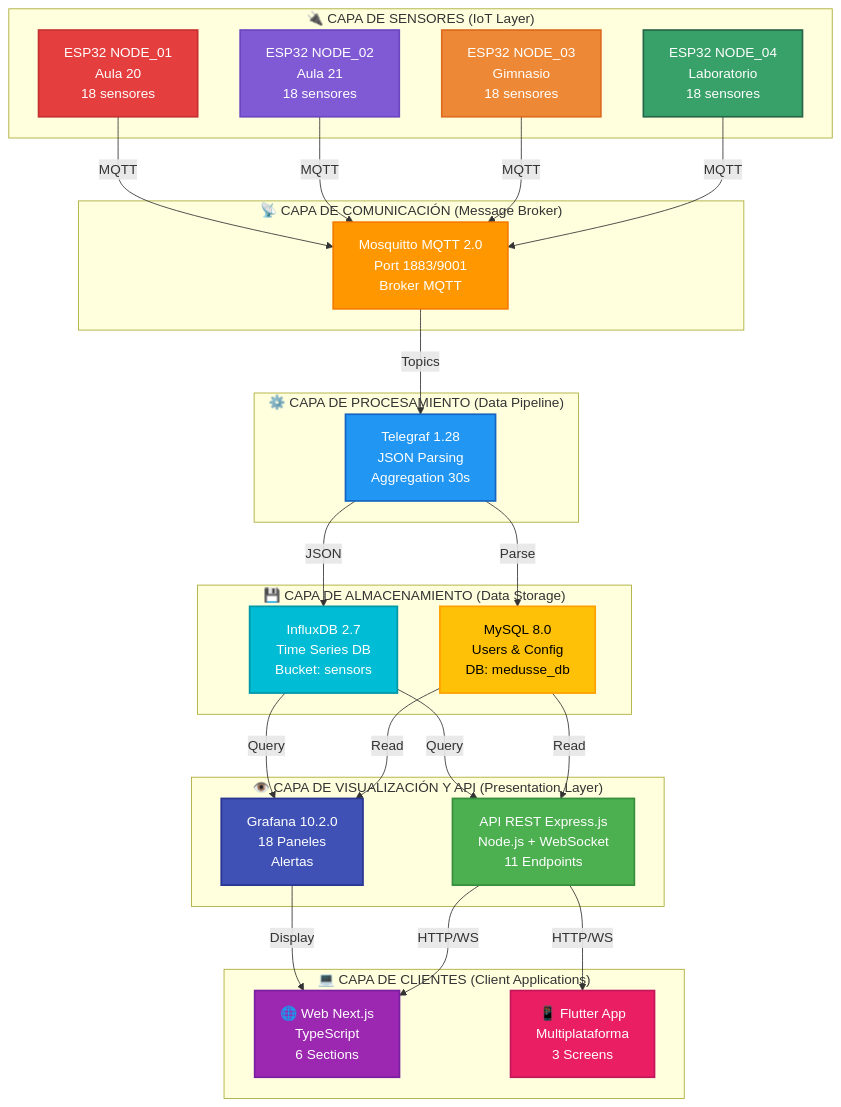
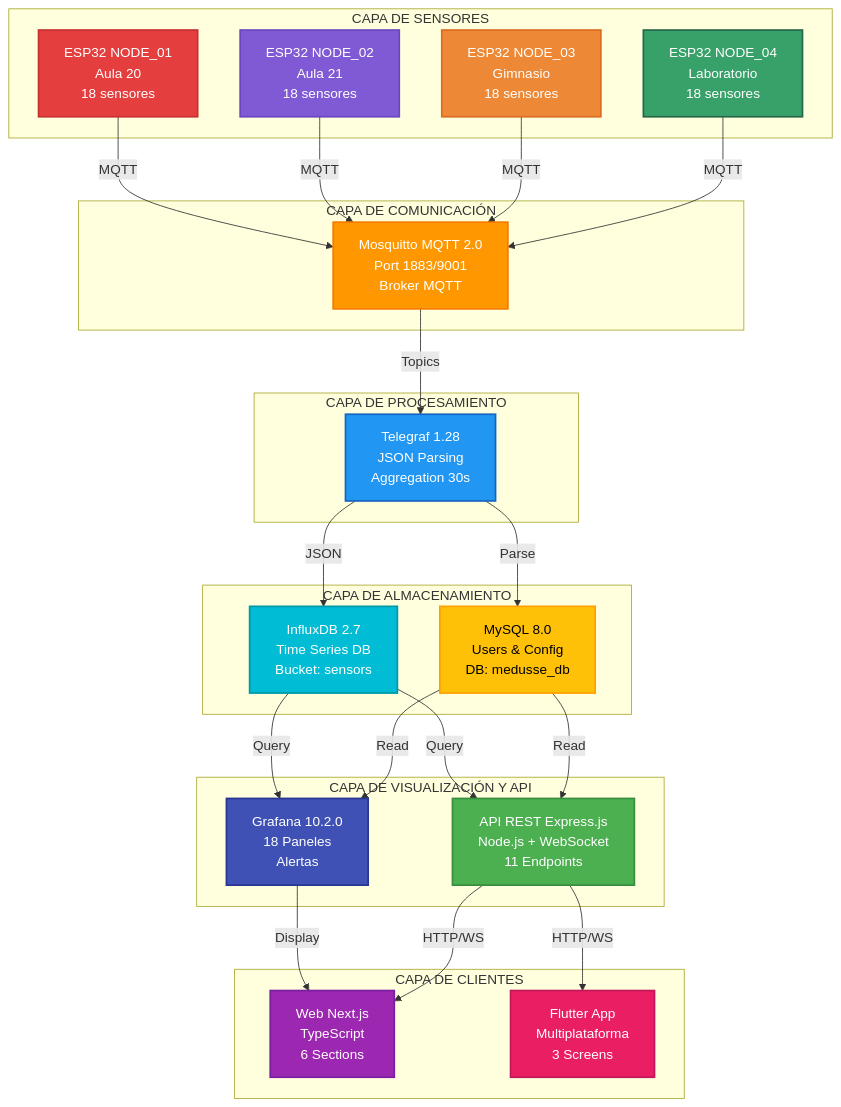
One commit to Fralopala2/medusse-show changed the first of 3 diagrams in documentacion/DOCUMENTACION-FINAL-PROYECTO-MEDUSSE-IoT.md. Above: the diagram before and after it, drawn with Mermaid. The commit also changed other lines of this file, not shown here.

Commit message:
fix: mejorar la presentación de diagramas en la documentación\n\n- Eliminar iconos de los títulos de los subgráficos para mayor claridad\n- Ajustar la redacción de los pasos en los diagramas de flujo\n- Simplificar la estructura de los diagramas para facilitar la comprensión

````diff
--- a/documentacion/DOCUMENTACION-FINAL-PROYECTO-MEDUSSE-IoT.md
+++ b/documentacion/DOCUMENTACION-FINAL-PROYECTO-MEDUSSE-IoT.md
@@ -333,82 +333,82 @@
 ```mermaid
 graph TD
-    subgraph IoT["🔌 CAPA DE SENSORES (IoT Layer)"]
+    subgraph IoT["CAPA DE SENSORES"]
         N1["ESP32 NODE_01<br/>Aula 20<br/>18 sensores"]
         N2["ESP32 NODE_02<br/>Aula 21<br/>18 sensores"]
         N3["ESP32 NODE_03<br/>Gimnasio<br/>18 sensores"]
         N4["ESP32 NODE_04<br/>Laboratorio<br/>18 sensores"]
         
         N1:::red
         N2:::purple
         N3:::orange
         N4:::green
     end
     
-    subgraph Comm["📡 CAPA DE COMUNICACIÓN (Message Broker)"]
+    subgraph Comm["CAPA DE COMUNICACIÓN"]
         MQTT["Mosquitto MQTT 2.0<br/>Port 1883/9001<br/>Broker MQTT"]
         MQTT:::mqtt
     end
     
-    subgraph Processing["⚙️ CAPA DE PROCESAMIENTO (Data Pipeline)"]
+    subgraph Processing["CAPA DE PROCESAMIENTO"]
         TELE["Telegraf 1.28<br/>JSON Parsing<br/>Aggregation 30s"]
         TELE:::processing
     end
     
-    subgraph Storage["💾 CAPA DE ALMACENAMIENTO (Data Storage)"]
+    subgraph Storage["CAPA DE ALMACENAMIENTO"]
         INFLUX["InfluxDB 2.7<br/>Time Series DB<br/>Bucket: sensors"]
         MYSQL["MySQL 8.0<br/>Users & Config<br/>DB: medusse_db"]
         
         INFLUX:::influxdb
         MYSQL:::mysql
     end
     
-    subgraph Presentation["👁️ CAPA DE VISUALIZACIÓN Y API (Presentation Layer)"]
+    subgraph Presentation["CAPA DE VISUALIZACIÓN Y API"]
         GRAFANA["Grafana 10.2.0<br/>18 Paneles<br/>Alertas"]
         API["API REST Express.js<br/>Node.js + WebSocket<br/>11 Endpoints"]
         
         GRAFANA:::grafana
         API:::api
     end
     
-    subgraph Clients["💻 CAPA DE CLIENTES (Client Applications)"]
-        WEB["🌐 Web Next.js<br/>TypeScript<br/>6 Sections"]
-        FLUTTER["📱 Flutter App<br/>Multiplataforma<br/>3 Screens"]
+    subgraph Clients["CAPA DE CLIENTES"]
+        WEB["Web Next.js<br/>TypeScript<br/>6 Sections"]
+        FLUTTER["Flutter App<br/>Multiplataforma<br/>3 Screens"]
         
         WEB:::web
         FLUTTER:::flutter
     end
     
     N1 -->|MQTT| MQTT
     N2 -->|MQTT| MQTT
     N3 -->|MQTT| MQTT
     N4 -->|MQTT| MQTT
     
     MQTT -->|Topics| TELE
     
     TELE -->|JSON| INFLUX
     TELE -->|Parse| MYSQL
     
     INFLUX -->|Query| GRAFANA
     MYSQL -->|Read| GRAFANA
     
     INFLUX -->|Query| API
     MYSQL -->|Read| API
     
     GRAFANA -->|Display| WEB
     API -->|HTTP/WS| WEB
     
     API -->|HTTP/WS| FLUTTER
     
     classDef red fill:#E53E3E,stroke:#C53030,color:#fff,stroke-width:2px
     classDef purple fill:#805AD5,stroke:#6B46C1,color:#fff,stroke-width:2px
     classDef orange fill:#ED8936,stroke:#DD6B20,color:#fff,stroke-width:2px
     classDef green fill:#38A169,stroke:#276749,color:#fff,stroke-width:2px
     classDef mqtt fill:#FF9800,stroke:#F57C00,color:#fff,stroke-width:2px
     classDef processing fill:#2196F3,stroke:#1565C0,color:#fff,stroke-width:2px
     classDef influxdb fill:#00BCD4,stroke:#0097A7,color:#fff,stroke-width:2px
     classDef mysql fill:#FFC107,stroke:#FFA000,color:#000,stroke-width:2px
     classDef grafana fill:#3F51B5,stroke:#283593,color:#fff,stroke-width:2px
     classDef api fill:#4CAF50,stroke:#388E3C,color:#fff,stroke-width:2px
     classDef web fill:#9C27B0,stroke:#7B1FA2,color:#fff,stroke-width:2px
     classDef flutter fill:#E91E63,stroke:#C2185B,color:#fff,stroke-width:2px
 ```
````
